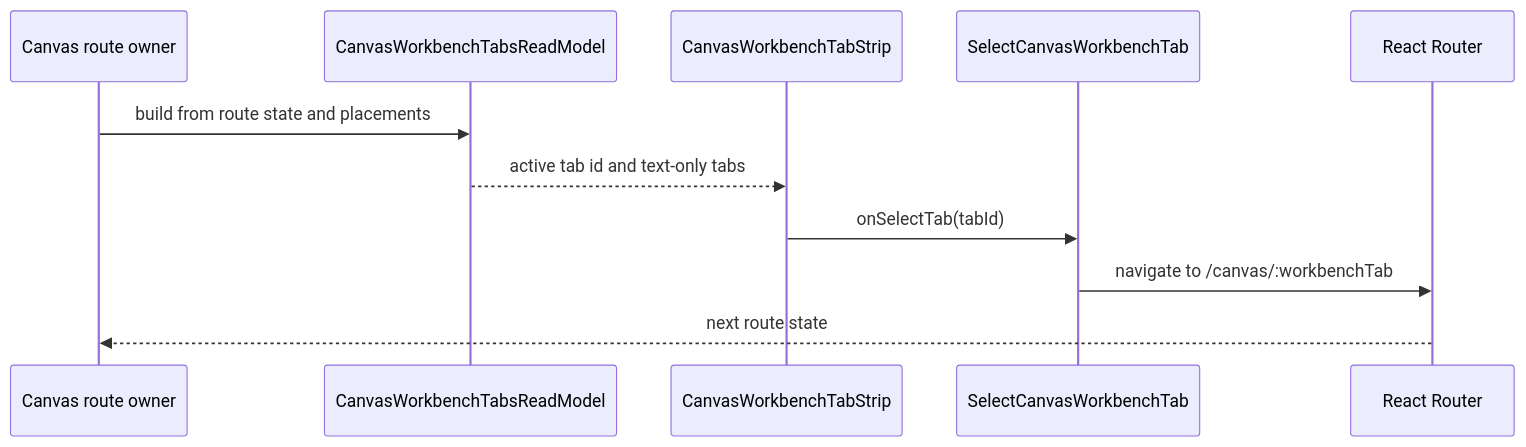
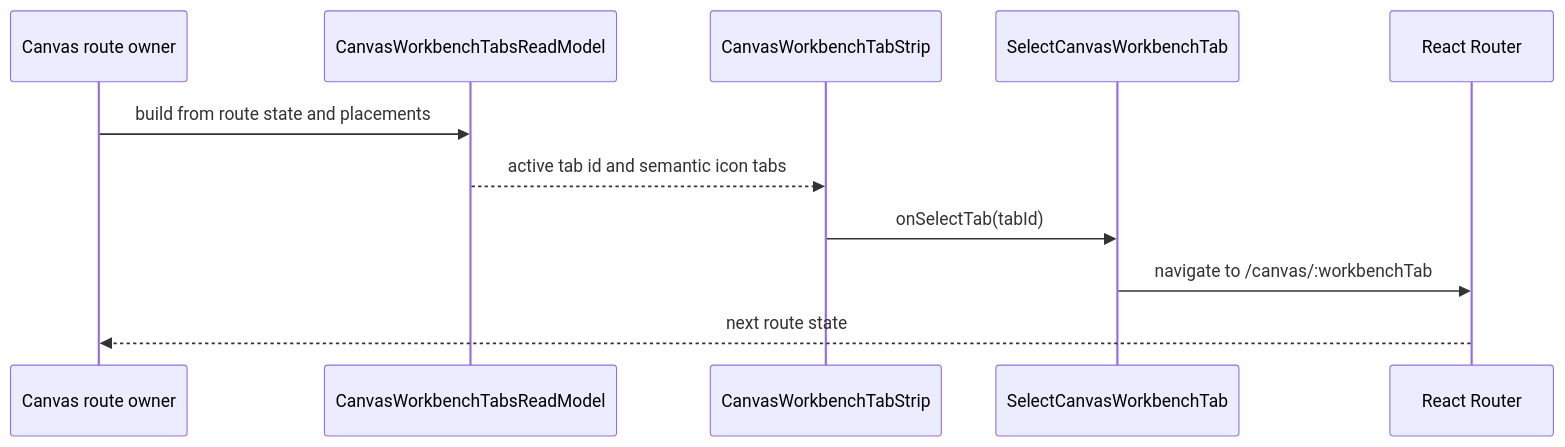
The second of 3 diagrams in docs/architecture/components/web/graph/canvas-workbench-tab-strip-component.md (dunay2/dvt), drawn with Mermaid before and after one commit. The commit also changed other lines of this file and 72 other files, not shown here.

````diff
--- a/docs/architecture/components/web/graph/canvas-workbench-tab-strip-component.md
+++ b/docs/architecture/components/web/graph/canvas-workbench-tab-strip-component.md
@@ -93,14 +94,14 @@
 ```mermaid
 sequenceDiagram
   participant Canvas as Canvas route owner
   participant Model as CanvasWorkbenchTabsReadModel
   participant Strip as CanvasWorkbenchTabStrip
   participant Command as SelectCanvasWorkbenchTab
   participant Router as React Router
 
   Canvas->>Model: build from route state and placements
-  Model-->>Strip: active tab id and text-only tabs
+  Model-->>Strip: active tab id and semantic icon tabs
   Strip->>Command: onSelectTab(tabId)
   Command->>Router: navigate to /canvas/:workbenchTab
   Router-->>Canvas: next route state
 ```
````
